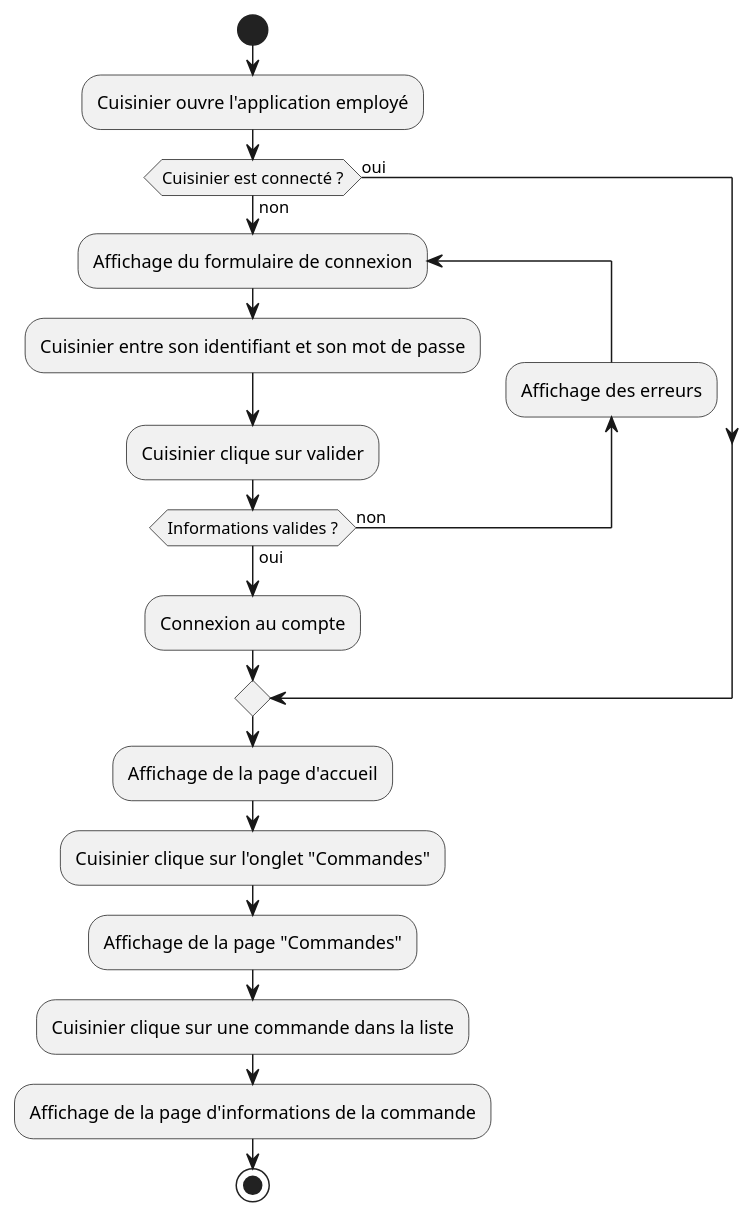
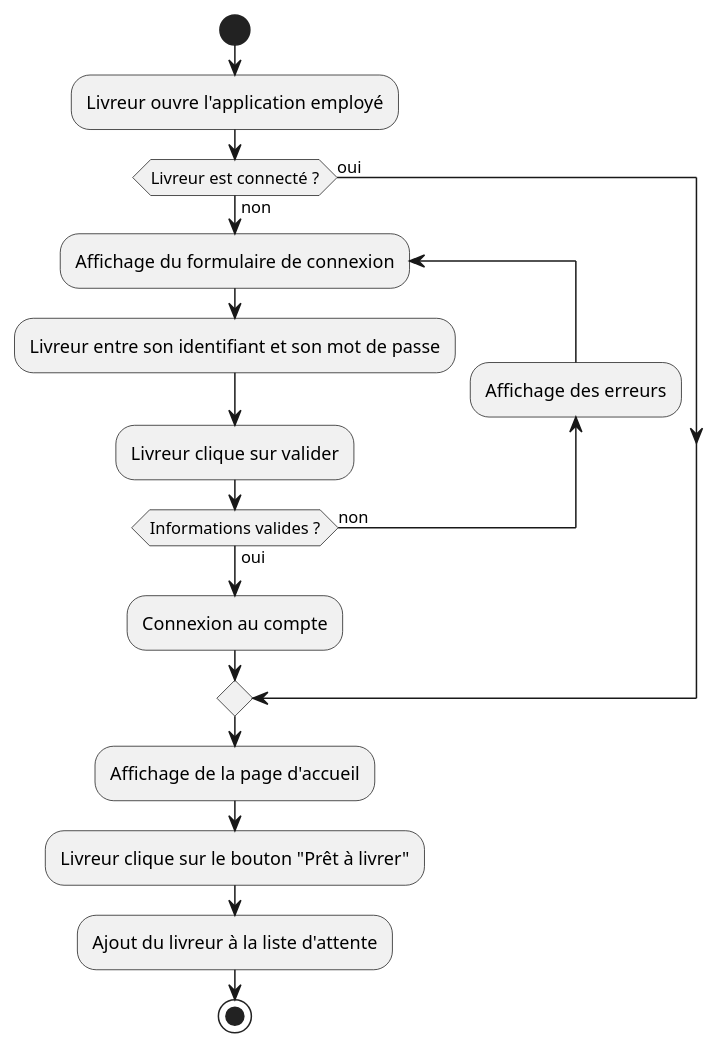
Before and after one commit to Gumpah/project_6: the diagram in diagrams/worker_display_order.puml, drawn with PlantUML. The commit also changed 8 other files, not shown here.

Commit message:
Updating diagrams

```diff
--- a/diagrams/worker_display_order.puml
+++ b/diagrams/worker_display_order.puml
@@ -1,23 +1,21 @@
 @startuml
 'https://plantuml.com/activity-diagram-beta
 
 start
-:Cuisinier ouvre l'application employé;
-if (Cuisinier est connecté ?) then (oui)
+:Livreur ouvre l'application employé;
+if (Livreur est connecté ?) then (oui)
 else (non)
 repeat :Affichage du formulaire de connexion;
-:Cuisinier entre son identifiant et son mot de passe;
-:Cuisinier clique sur valider;
+:Livreur entre son identifiant et son mot de passe;
+:Livreur clique sur valider;
 backward:Affichage des erreurs;
 repeat while (Informations valides ?) is (non) not (oui)
 :Connexion au compte;
 endif
 :Affichage de la page d'accueil;
-:Cuisinier clique sur l'onglet "Commandes";
-:Affichage de la page "Commandes";
-:Cuisinier clique sur une commande dans la liste;
-:Affichage de la page d'informations de la commande;
+:Livreur clique sur le bouton "Prêt à livrer";
+:Ajout du livreur à la liste d'attente;
 
 stop
 
 @enduml
```
